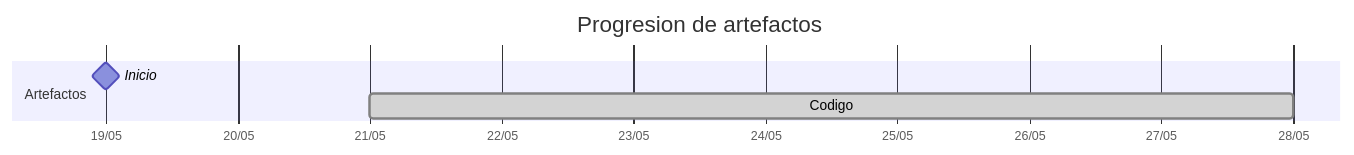
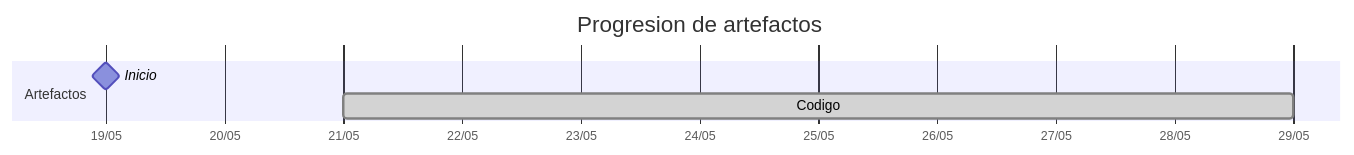
One commit to carlos-alvarado-25/25-26-idsw2-sdVC changed the diagram in TIMELINES/rubentresgallob.md. Above: the diagram before and after it, drawn with Mermaid. The commit also changed other lines of this file and 25 other files, not shown here.

````diff
--- a/TIMELINES/rubentresgallob.md
+++ b/TIMELINES/rubentresgallob.md
@@ -14,9 +18,9 @@
 ```mermaid
 gantt
     title Progresion de artefactos
     dateFormat YYYY-MM-DD
     axisFormat %d/%m
     section Artefactos
         Inicio       :milestone, 2026-05-19, 0d
-        Codigo       :done, 2026-05-21, 2026-05-28
+        Codigo       :done, 2026-05-21, 2026-05-29
 ```
````
